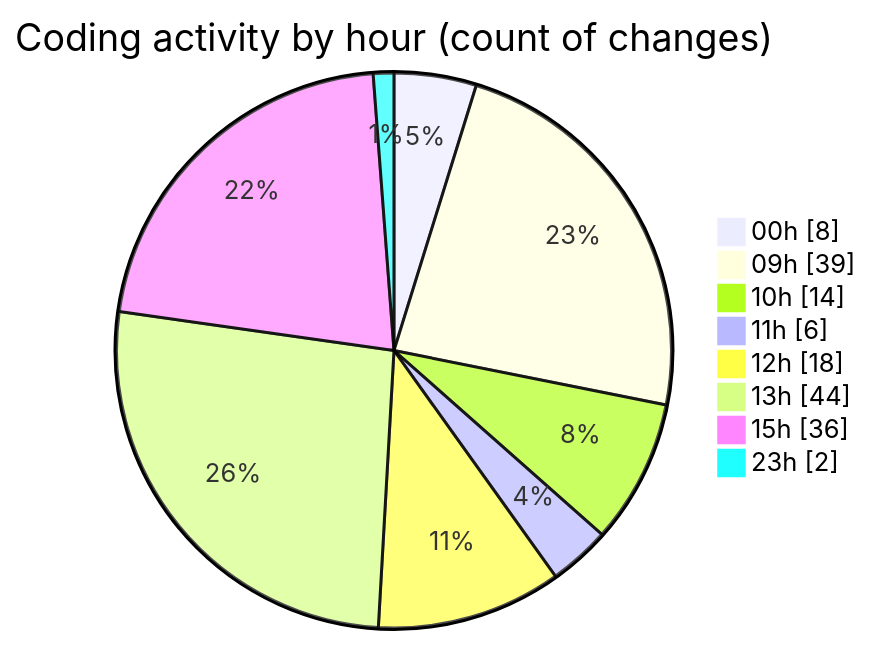
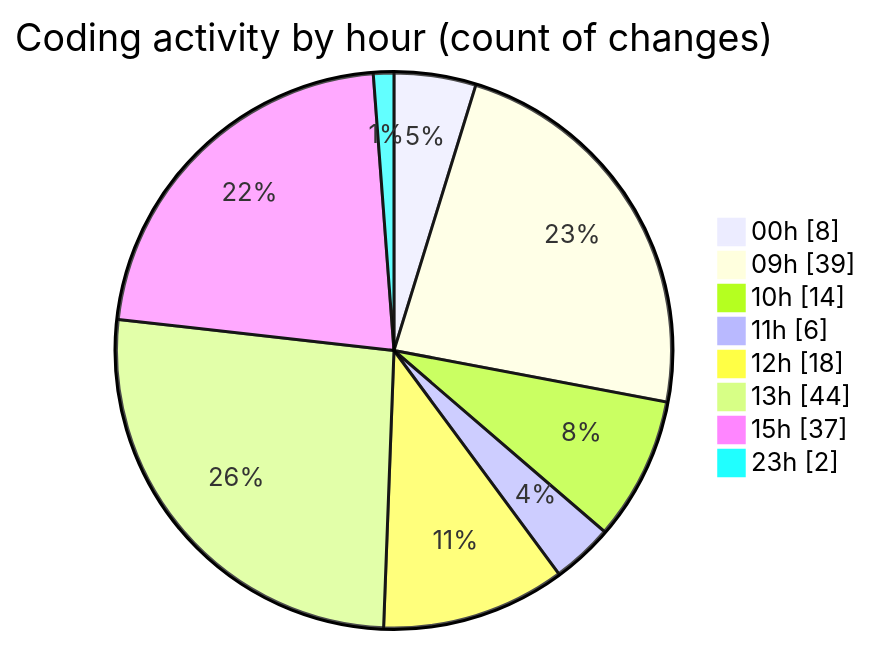
One commit to momahboobian/code-tracking changed the second of 2 diagrams in 2025-12-18/cda/README.md. Above: the diagram before and after it, drawn with Mermaid. The commit also changed other lines of this file and 1 other file, not shown here.

````diff
--- a/2025-12-18/cda/README.md
+++ b/2025-12-18/cda/README.md
@@ -87,12 +88,12 @@
 ```mermaid
 pie showData
 title Coding activity by hour (count of changes)
 "00h" : 8
 "09h" : 39
 "10h" : 14
 "11h" : 6
 "12h" : 18
 "13h" : 44
-"15h" : 36
+"15h" : 37
 "23h" : 2
 ```
````
